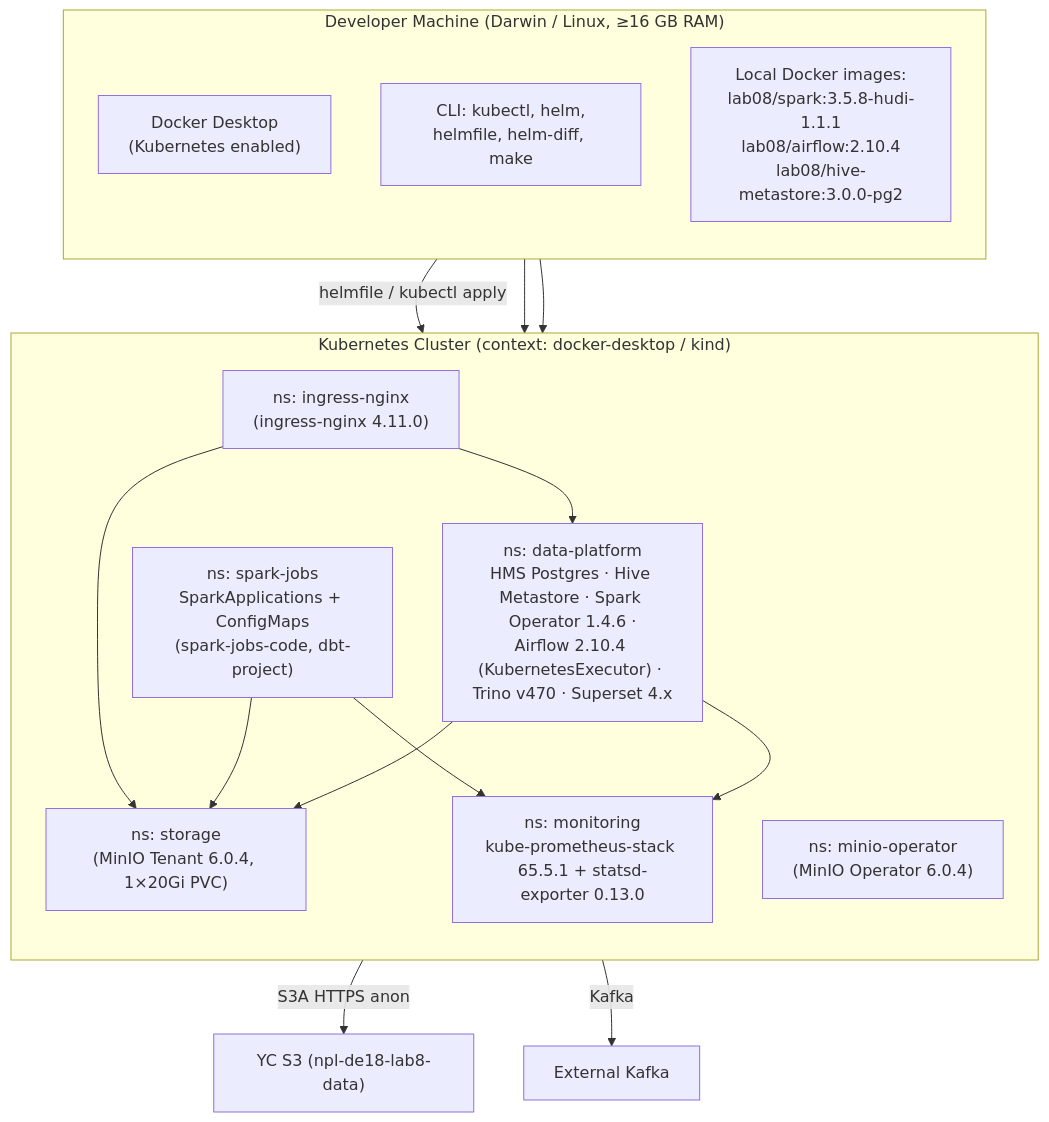
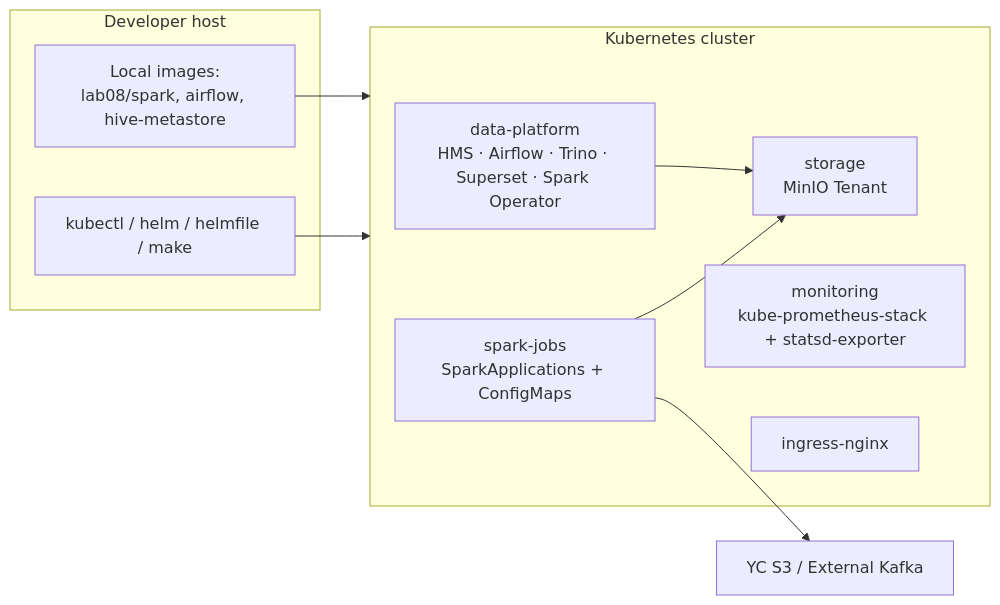
One commit to Alexey-Samodurov/newprolab-de-lab08 changed the first of 2 diagrams in docs/03-deployment-guide.md. Above: the diagram before and after it, drawn with Mermaid. The commit also changed other lines of this file and 2 other files, not shown here.

First line of the commit message:
docs: revise and streamline Lab08 user guide for clarity and completeness

````diff
--- a/docs/03-deployment-guide.md
+++ b/docs/03-deployment-guide.md
@@ -14,34 +9,23 @@
 ```mermaid
-flowchart TB
-  subgraph Host["Developer Machine (Darwin / Linux, ≥16 GB RAM)"]
-    direction TB
-    Docker["Docker Desktop<br/>(Kubernetes enabled)"]
-    CLI["CLI: kubectl, helm,<br/>helmfile, helm-diff, make"]
-    Img["Local Docker images:<br/>lab08/spark:3.5.8-hudi-1.1.1<br/>lab08/airflow:2.10.4<br/>lab08/hive-metastore:3.0.0-pg2"]
-  end
+flowchart LR
+    subgraph Host["Developer host"]
+        CLI["kubectl / helm / helmfile / make"]
+        Img["Local images:<br/>lab08/spark, airflow, hive-metastore"]
+    end
 
-  subgraph K8S["Kubernetes Cluster (context: docker-desktop / kind)"]
-    direction TB
-    NSIng["ns: ingress-nginx<br/>(ingress-nginx 4.11.0)"]
-    NSStor["ns: storage<br/>(MinIO Tenant 6.0.4, 1×20Gi PVC)"]
-    NSMOp["ns: minio-operator<br/>(MinIO Operator 6.0.4)"]
-    NSDP["ns: data-platform<br/>HMS Postgres · Hive Metastore · Spark Operator 1.4.6 ·<br/>Airflow 2.10.4 (KubernetesExecutor) · Trino v470 · Superset 4.x"]
-    NSSpark["ns: spark-jobs<br/>SparkApplications + ConfigMaps<br/>(spark-jobs-code, dbt-project)"]
-    NSMon["ns: monitoring<br/>kube-prometheus-stack 65.5.1 + statsd-exporter 0.13.0"]
-  end
+    subgraph K8S["Kubernetes cluster"]
+        DP["data-platform<br/>HMS · Airflow · Trino · Superset · Spark Operator"]
+        Spark["spark-jobs<br/>SparkApplications + ConfigMaps"]
+        Stor["storage<br/>MinIO Tenant"]
+        Mon["monitoring<br/>kube-prometheus-stack + statsd-exporter"]
+        Ing["ingress-nginx"]
+    end
 
-  Ext1["YC S3 (npl-de18-lab8-data)"]
-  Ext2["External Kafka"]
+    Ext["YC S3 / External Kafka"]
 
-  CLI -->|helmfile / kubectl apply| K8S
-  Docker --> K8S
-  Img --> K8S
-  NSSpark -->|S3A HTTPS anon| Ext1
-  NSSpark -->|Kafka| Ext2
-  NSDP --> NSStor
-  NSSpark --> NSStor
-  NSDP --> NSMon
-  NSSpark --> NSMon
-  NSIng --> NSDP
-  NSIng --> NSStor
+    CLI --> K8S
+    Img --> K8S
+    Spark --> Ext
+    Spark --> Stor
+    DP --> Stor
 ```
````
